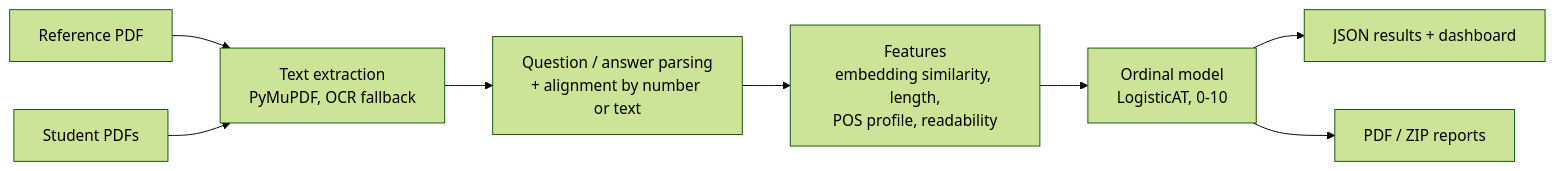
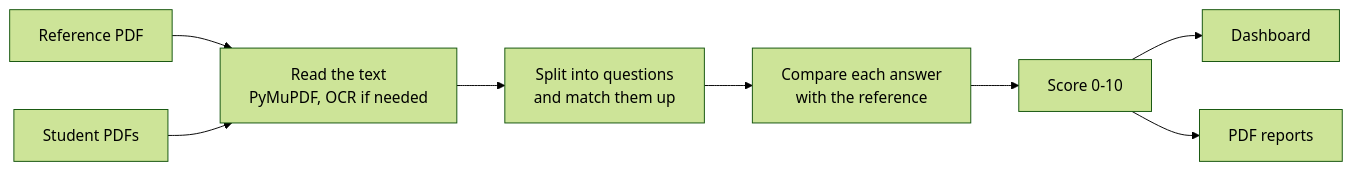
Before and after one commit to Aum07/ai-answer-sheet-grader: the diagram in README.md, drawn with Mermaid (forest theme). The commit also changed other lines of this file and 1 other file, not shown here.

````diff
--- a/README.md
+++ b/README.md
@@ -26,10 +27,10 @@
 ```mermaid
 flowchart LR
-    A[Reference PDF] --> C[Text extraction<br/>PyMuPDF, OCR fallback]
+    A[Reference PDF] --> C[Read the text<br/>PyMuPDF, OCR if needed]
     B[Student PDFs] --> C
-    C --> D[Question / answer parsing<br/>+ alignment by number or text]
-    D --> E[Features<br/>embedding similarity, length,<br/>POS profile, readability]
-    E --> F[Ordinal model<br/>LogisticAT, 0-10]
-    F --> G[JSON results + dashboard]
-    F --> H[PDF / ZIP reports]
+    C --> D[Split into questions<br/>and match them up]
+    D --> E[Compare each answer<br/>with the reference]
+    E --> F[Score 0-10]
+    F --> G[Dashboard]
+    F --> H[PDF reports]
 ```
````
